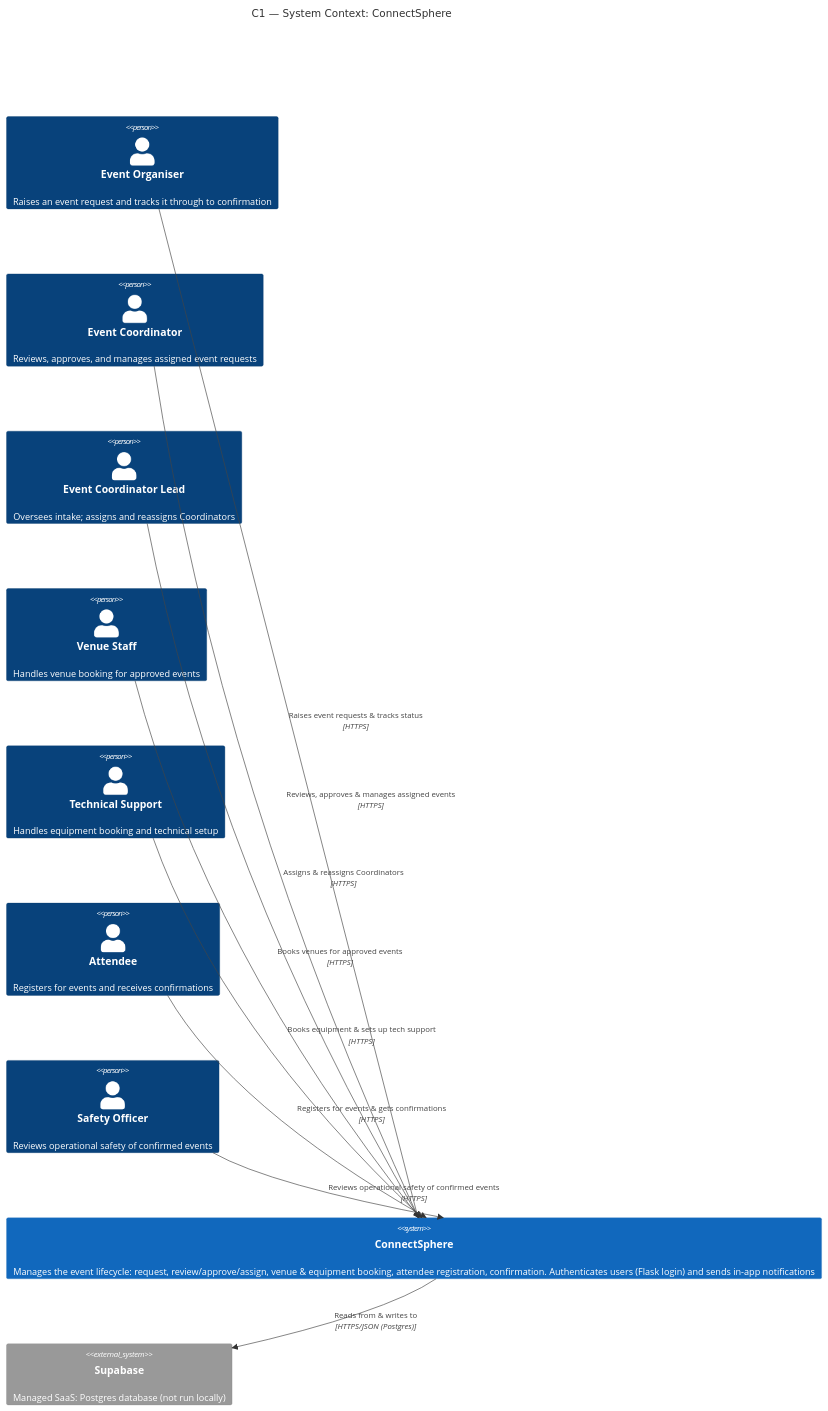
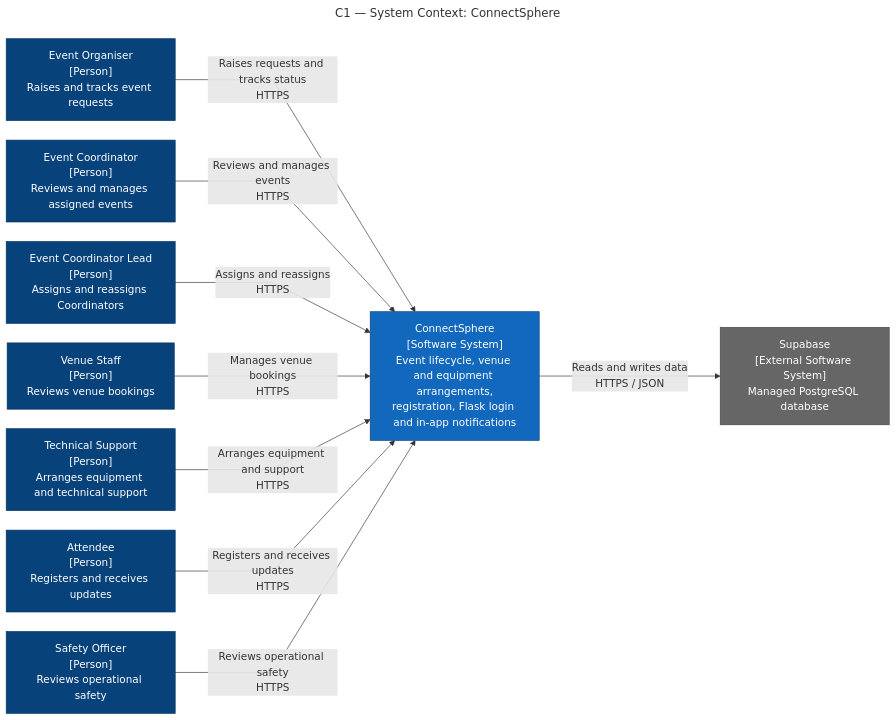
Before and after one commit to marcuschew2024/connectsphere: the diagram in docs/design/diagrams/c4-context.mmd, drawn with Mermaid. The commit also changed 43 other files, not shown here.

```diff
--- a/docs/design/diagrams/c4-context.mmd
+++ b/docs/design/diagrams/c4-context.mmd
@@ -1,26 +1,31 @@
-C4Context
-    title C1 — System Context: ConnectSphere
-
-    Person(organiser, "Event Organiser", "Raises an event request and tracks it through to confirmation")
-    Person(coordinator, "Event Coordinator", "Reviews, approves, and manages assigned event requests")
-    Person(lead, "Event Coordinator Lead", "Oversees intake; assigns and reassigns Coordinators")
-    Person(venueStaff, "Venue Staff", "Handles venue booking for approved events")
-    Person(techSupport, "Technical Support", "Handles equipment booking and technical setup")
-    Person(attendee, "Attendee", "Registers for events and receives confirmations")
-    Person(safetyOfficer, "Safety Officer", "Reviews operational safety of confirmed events")
-
-    System(connectSphere, "ConnectSphere", "Manages the event lifecycle: request, review/approve/assign, venue & equipment booking, attendee registration, confirmation. Authenticates users (Flask login) and sends in-app notifications")
-
-    System_Ext(supabase, "Supabase", "Managed SaaS: Postgres database (not run locally)")
-
-    Rel(organiser, connectSphere, "Raises event requests & tracks status", "HTTPS")
-    Rel(coordinator, connectSphere, "Reviews, approves & manages assigned events", "HTTPS")
-    Rel(lead, connectSphere, "Assigns & reassigns Coordinators", "HTTPS")
-    Rel(venueStaff, connectSphere, "Books venues for approved events", "HTTPS")
-    Rel(techSupport, connectSphere, "Books equipment & sets up tech support", "HTTPS")
-    Rel(attendee, connectSphere, "Registers for events & gets confirmations", "HTTPS")
-    Rel(safetyOfficer, connectSphere, "Reviews operational safety of confirmed events", "HTTPS")
-
-    Rel(connectSphere, supabase, "Reads from & writes to", "HTTPS/JSON (Postgres)")
-
-    UpdateLayoutConfig($c4ShapeInRow="3", $c4BoundaryInRow="2")
+---
+title: "C1 — System Context: ConnectSphere"
+config:
+  flowchart:
+    curve: linear
+    nodeSpacing: 30
+    rankSpacing: 100
+---
+flowchart LR
+    %% C4 semantics with automatic edge routing for readable exported diagrams.
+    organiser["Event Organiser<br/>[Person]<br/>Raises and tracks event requests"]:::person
+    coordinator["Event Coordinator<br/>[Person]<br/>Reviews and manages assigned events"]:::person
+    lead["Event Coordinator Lead<br/>[Person]<br/>Assigns and reassigns Coordinators"]:::person
+    venueStaff["Venue Staff<br/>[Person]<br/>Reviews venue bookings"]:::person
+    techSupport["Technical Support<br/>[Person]<br/>Arranges equipment and technical support"]:::person
+    attendee["Attendee<br/>[Person]<br/>Registers and receives updates"]:::person
+    safetyOfficer["Safety Officer<br/>[Person]<br/>Reviews operational safety"]:::person
+    connectSphere["ConnectSphere<br/>[Software System]<br/>Event lifecycle, venue and equipment arrangements,<br/>registration, Flask login and in-app notifications"]:::system
+    supabase["Supabase<br/>[External Software System]<br/>Managed PostgreSQL database"]:::external
+    organiser -->|"Raises requests and tracks status<br/>HTTPS"| connectSphere
+    coordinator -->|"Reviews and manages events<br/>HTTPS"| connectSphere
+    lead -->|"Assigns and reassigns<br/>HTTPS"| connectSphere
+    venueStaff -->|"Manages venue bookings<br/>HTTPS"| connectSphere
+    techSupport -->|"Arranges equipment and support<br/>HTTPS"| connectSphere
+    attendee -->|"Registers and receives updates<br/>HTTPS"| connectSphere
+    safetyOfficer -->|"Reviews operational safety<br/>HTTPS"| connectSphere
+    connectSphere -->|"Reads and writes data<br/>HTTPS / JSON"| supabase
+    classDef person fill:#08427b,color:#ffffff,stroke:#05335e
+    classDef system fill:#1168bd,color:#ffffff,stroke:#08427b
+    classDef container fill:#438dd5,color:#ffffff,stroke:#1168bd
+    classDef external fill:#666666,color:#ffffff,stroke:#444444
```
